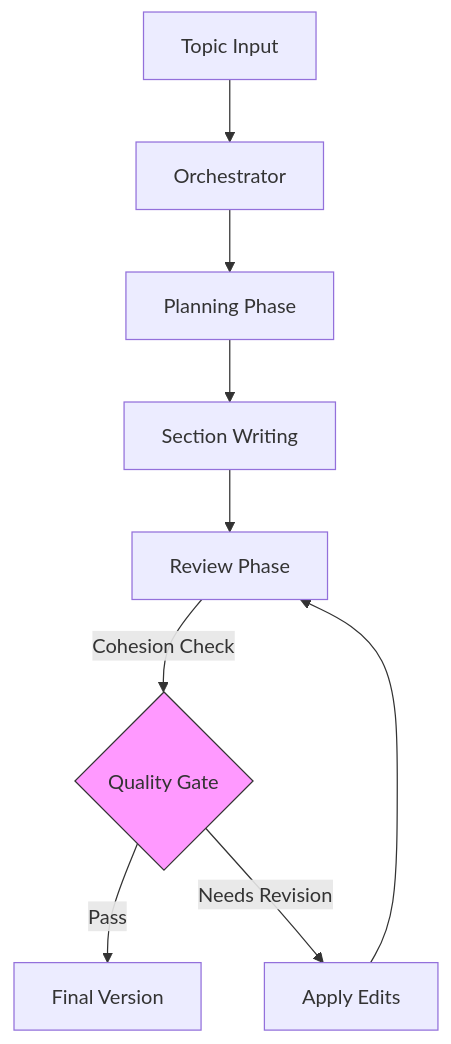
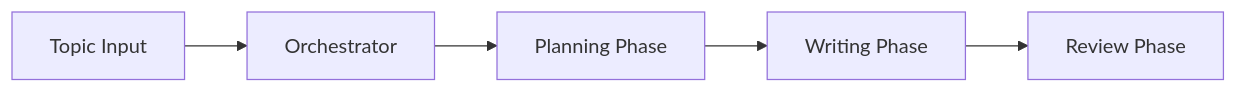
One commit to fazilraja/agent-workflows changed the fourth of 4 diagrams in README.md. Above: the diagram before and after it, drawn with Mermaid. The commit also changed other lines of this file, not shown here.

````diff
--- a/README.md
+++ b/README.md
@@ -96,13 +83,7 @@
 ```mermaid
-graph TD
+graph LR
     A[Topic Input] --> B[Orchestrator]
     B --> C[Planning Phase]
-    C --> D[Section Writing]
+    C --> D[Writing Phase]
     D --> E[Review Phase]
-    E -->|Cohesion Check| F{Quality Gate}
-    F -->|Pass| G[Final Version]
-    F -->|Needs Revision| H[Apply Edits]
-    H --> E
-    
-    style F fill:#f9f,stroke:#333
 ```
````
